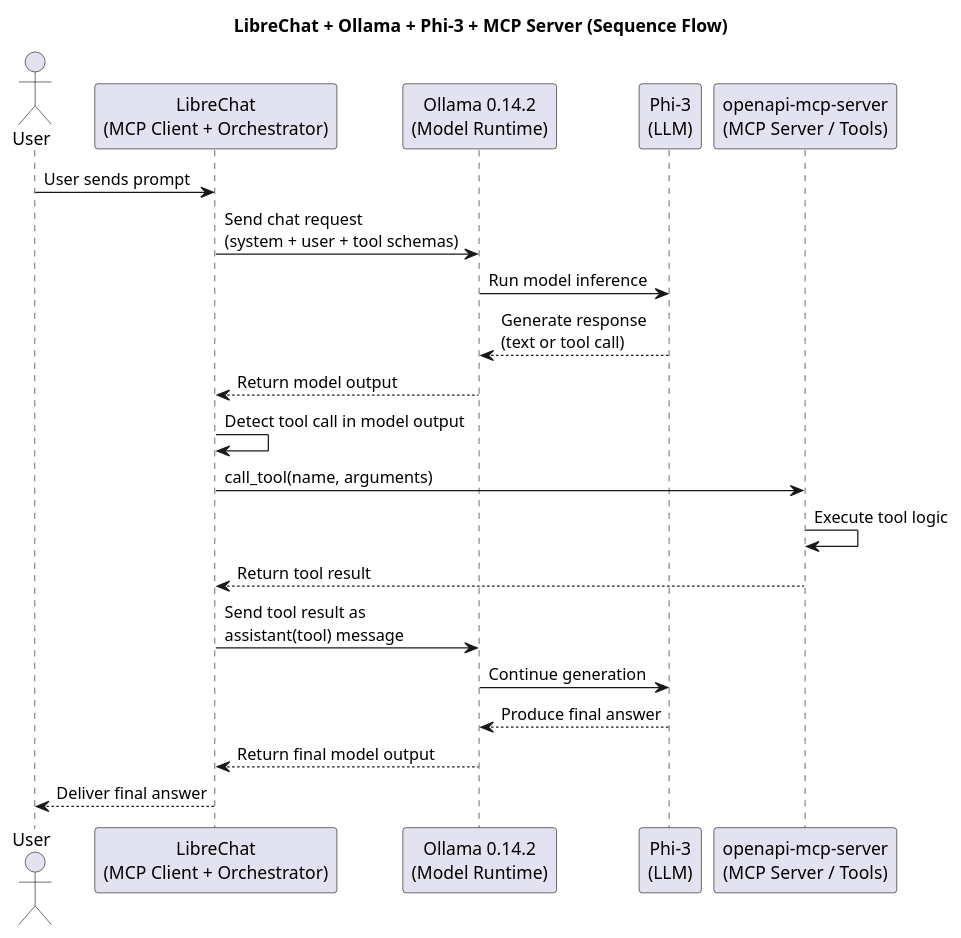
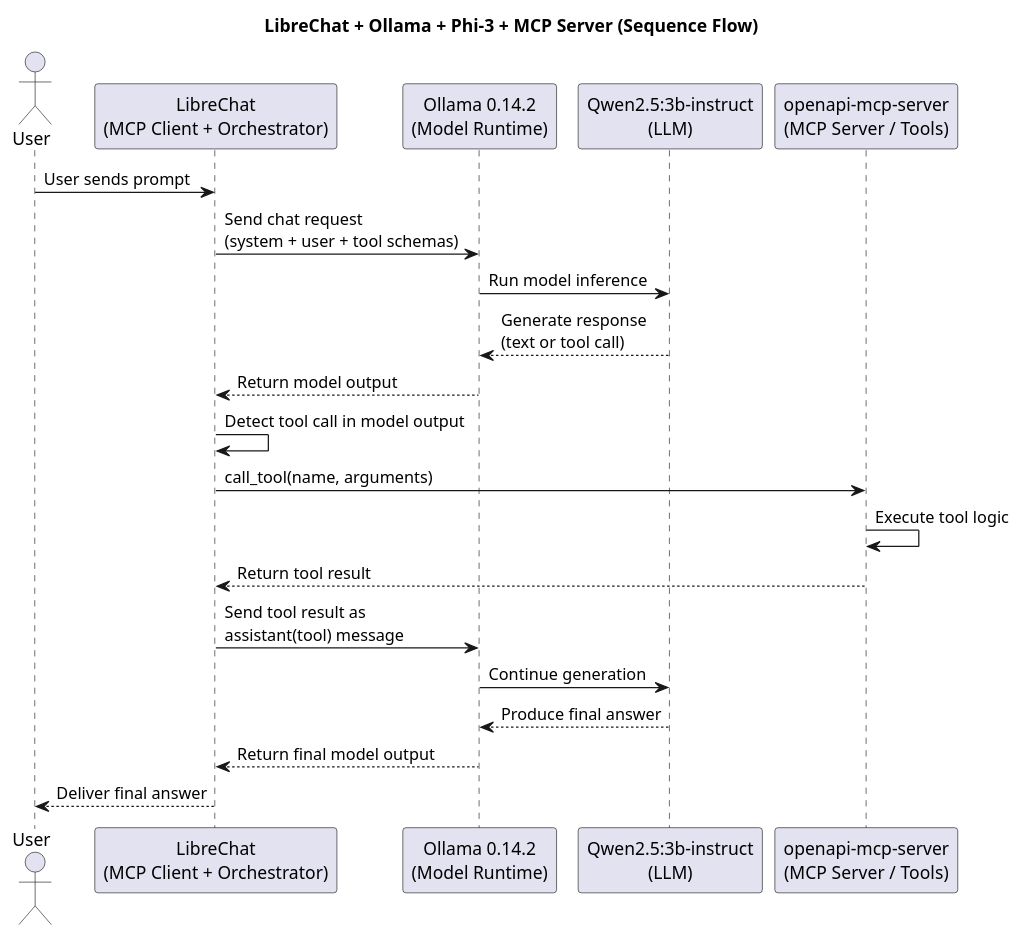
Before and after one commit to joerg-rade/chatoo: the diagram in docs/sequence_diagram.puml, drawn with PlantUML. The commit also changed 3 other files, not shown here.

```diff
--- a/docs/sequence_diagram.puml
+++ b/docs/sequence_diagram.puml
@@ -1,39 +1,39 @@
 @startuml
 title LibreChat + Ollama + Phi‑3 + MCP Server (Sequence Flow)
 
 actor User
 
 participant "LibreChat\n(MCP Client + Orchestrator)" as LC
 participant "Ollama 0.14.2\n(Model Runtime)" as Ollama
-participant "Phi‑3\n(LLM)" as Phi3
+participant "Qwen2.5:3b-instruct\n(LLM)" as LLM
 participant "openapi-mcp-server\n(MCP Server / Tools)" as MCP
 
 '== User Message ==
 User -> LC: User sends prompt
 
 '== Model Invocation ==
 LC -> Ollama: Send chat request\n(system + user + tool schemas)
-Ollama -> Phi3: Run model inference
+Ollama -> LLM: Run model inference
 
 '== Model Output ==
-Phi3 --> Ollama: Generate response\n(text or tool call)
+LLM --> Ollama: Generate response\n(text or tool call)
 Ollama --> LC: Return model output
 
 '== Tool Call Detection ==
 LC -> LC: Detect tool call in model output
 
 '== MCP Tool Invocation ==
 LC -> MCP: call_tool(name, arguments)
 MCP -> MCP: Execute tool logic
 MCP --> LC: Return tool result
 
 '== Provide Tool Result to Model ==
 LC -> Ollama: Send tool result as\nassistant(tool) message
-Ollama -> Phi3: Continue generation
-Phi3 --> Ollama: Produce final answer
+Ollama -> LLM: Continue generation
+LLM --> Ollama: Produce final answer
 Ollama --> LC: Return final model output
 
 '== Final Response ==
 LC --> User: Deliver final answer
 
 @enduml
```
